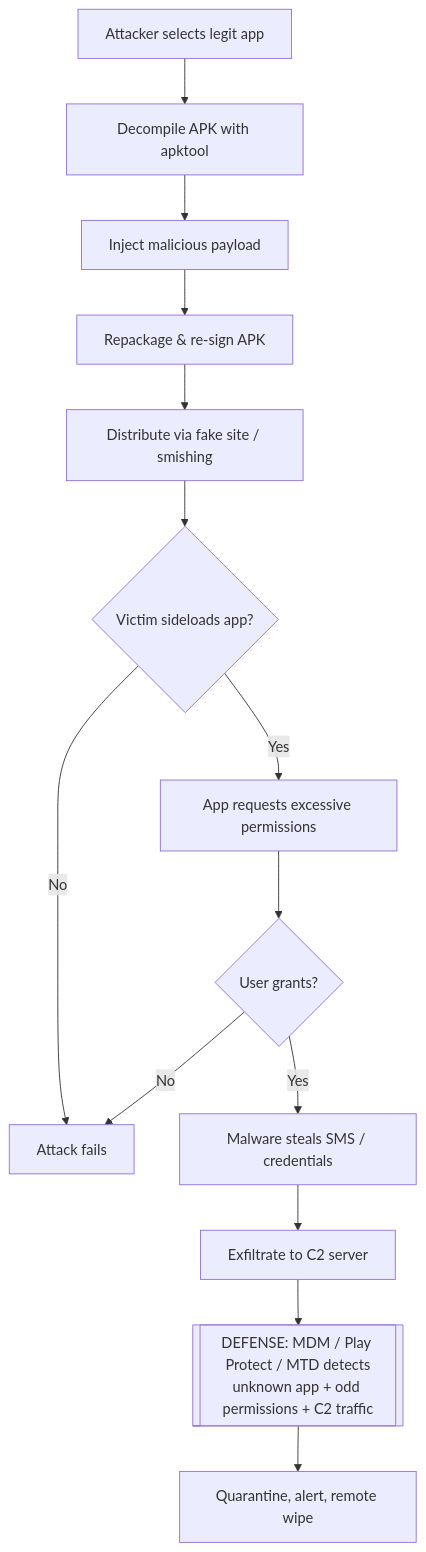
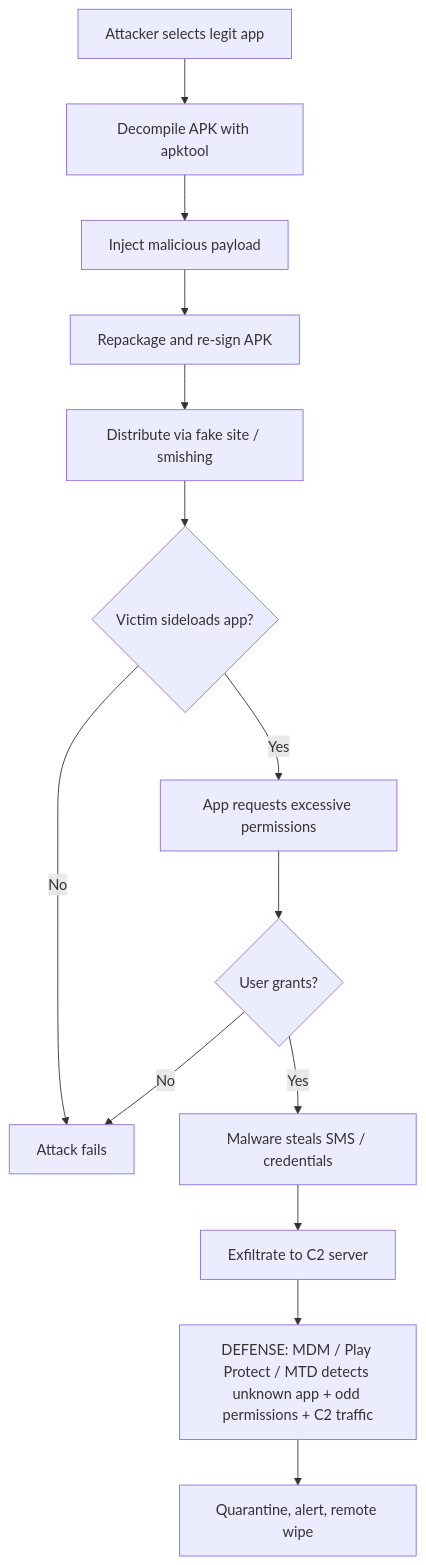
The third of 6 diagrams in 03-professional-level-2/module-09-hacking-mobile-platforms.md (AbhisHub-12/ccsp), drawn with Mermaid before and after one commit. The commit also changed other lines of this file and 18 other files, not shown here.

````diff
--- a/03-professional-level-2/module-09-hacking-mobile-platforms.md
+++ b/03-professional-level-2/module-09-hacking-mobile-platforms.md
@@ -106,16 +169,16 @@
 ```mermaid
 flowchart TD
     A[Attacker selects legit app] --> B[Decompile APK with apktool]
     B --> C[Inject malicious payload]
-    C --> D[Repackage & re-sign APK]
+    C --> D[Repackage and re-sign APK]
     D --> E[Distribute via fake site / smishing]
     E --> F{Victim sideloads app?}
     F -- No --> G[Attack fails]
     F -- Yes --> H[App requests excessive permissions]
     H --> I{User grants?}
     I -- No --> G
     I -- Yes --> J[Malware steals SMS / credentials]
     J --> K[Exfiltrate to C2 server]
-    K --> L[[DEFENSE: MDM / Play Protect / MTD detects\nunknown app + odd permissions + C2 traffic]]
+    K --> L[DEFENSE: MDM / Play Protect / MTD detects unknown app + odd permissions + C2 traffic]
     L --> M[Quarantine, alert, remote wipe]
 ```
````
